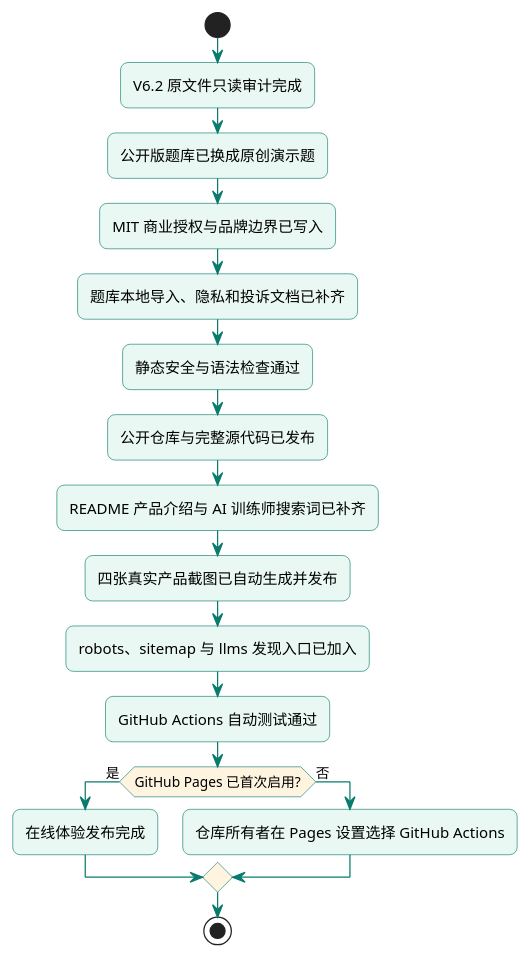
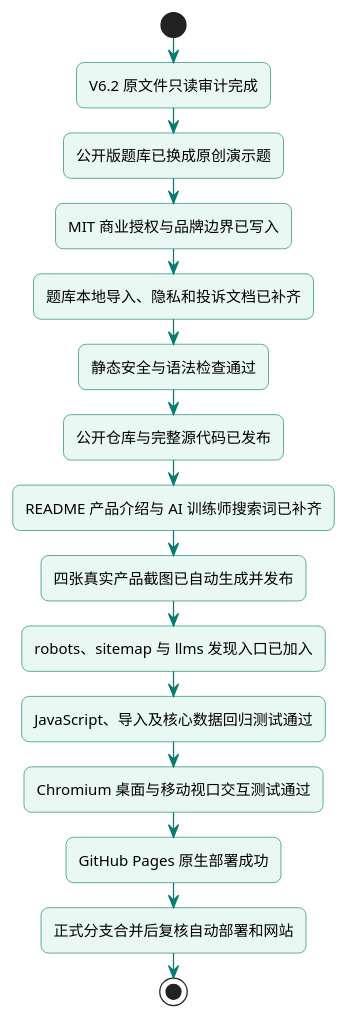
One commit to jin-shanghai/zhiti-learning changed the diagram in PROJECT_STATUS.puml. Above: the diagram before and after it, drawn with PlantUML.

Commit message:
docs: align release status, browser testing and bank compatibility requirements

```diff
--- a/PROJECT_STATUS.puml
+++ b/PROJECT_STATUS.puml
@@ -1,26 +1,24 @@
 @startuml
 skinparam shadowing false
 skinparam roundcorner 12
 skinparam defaultFontName Arial
 skinparam ArrowColor #087b6d
 skinparam ActivityBorderColor #087b6d
 skinparam ActivityBackgroundColor #e9f8f2
 skinparam ActivityDiamondBackgroundColor #fff4df
 start
 :V6.2 原文件只读审计完成;
 :公开版题库已换成原创演示题;
 :MIT 商业授权与品牌边界已写入;
 :题库本地导入、隐私和投诉文档已补齐;
 :静态安全与语法检查通过;
 :公开仓库与完整源代码已发布;
 :README 产品介绍与 AI 训练师搜索词已补齐;
 :四张真实产品截图已自动生成并发布;
 :robots、sitemap 与 llms 发现入口已加入;
-:GitHub Actions 自动测试通过;
-if (GitHub Pages 已首次启用?) then (是)
-  :在线体验发布完成;
-else (否)
-  :仓库所有者在 Pages 设置选择 GitHub Actions;
-endif
+:JavaScript、导入及核心数据回归测试通过;
+:Chromium 桌面与移动视口交互测试通过;
+:GitHub Pages 原生部署成功;
+:正式分支合并后复核自动部署和网站;
 stop
 @enduml
```
